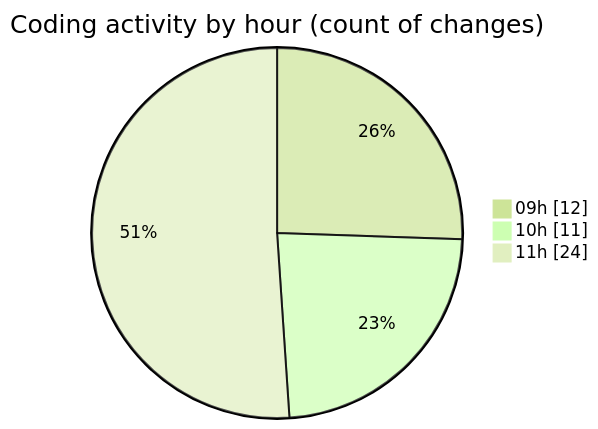
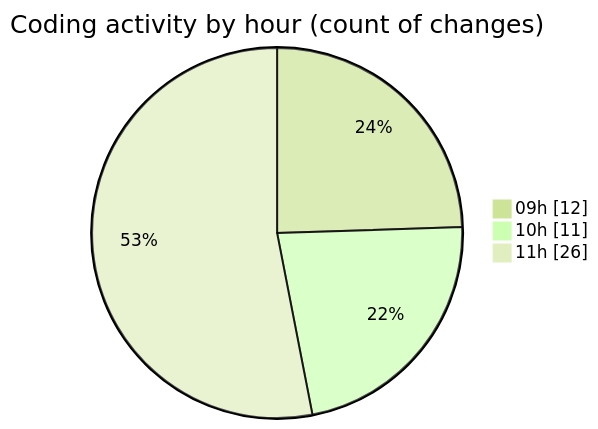
The second of 2 diagrams in 2025-09-26/cda/README.md (momahboobian/code-tracking), drawn with Mermaid (forest theme) before and after one commit. The commit also changed other lines of this file and 1 other file, not shown here.

````diff
--- a/2025-09-26/cda/README.md
+++ b/2025-09-26/cda/README.md
@@ -34,7 +34,7 @@
 ```mermaid
 pie showData
 title Coding activity by hour (count of changes)
 "09h" : 12
 "10h" : 11
-"11h" : 24
+"11h" : 26
 ```
````
